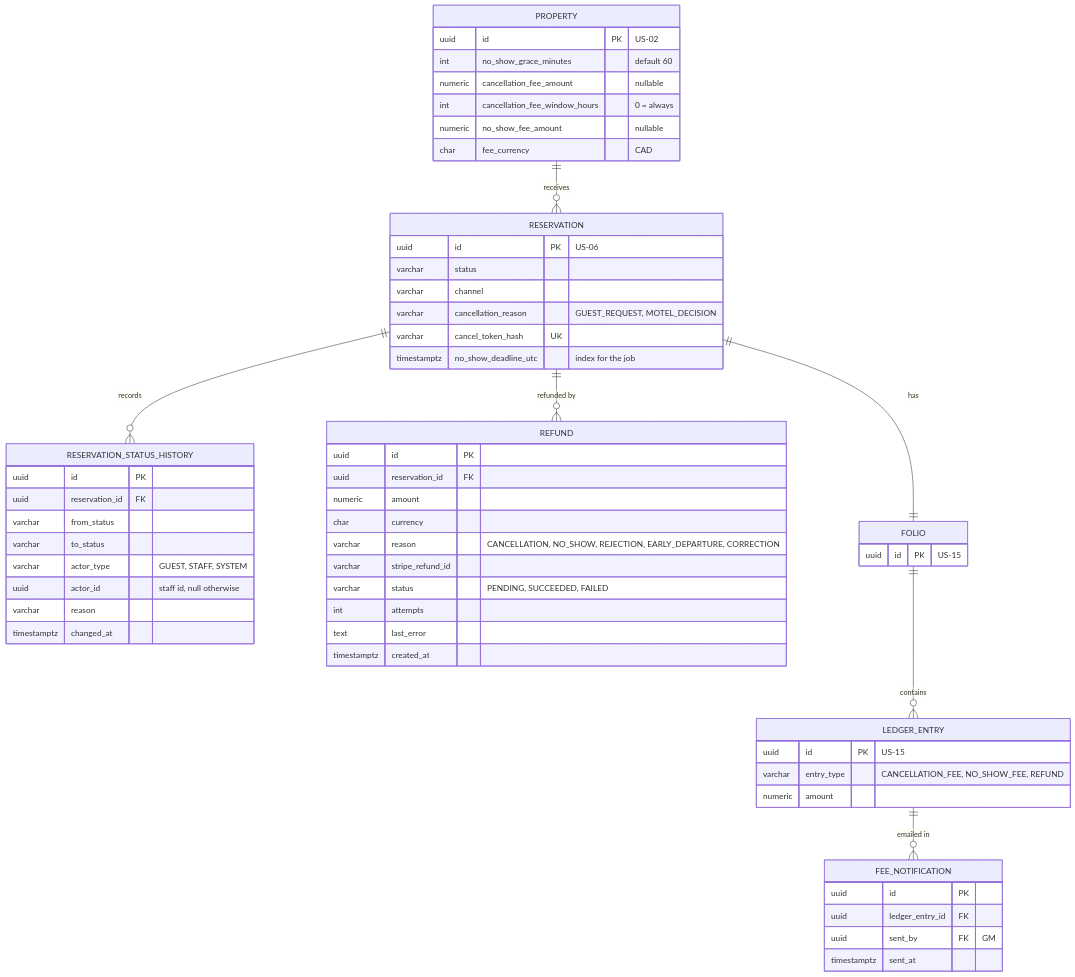
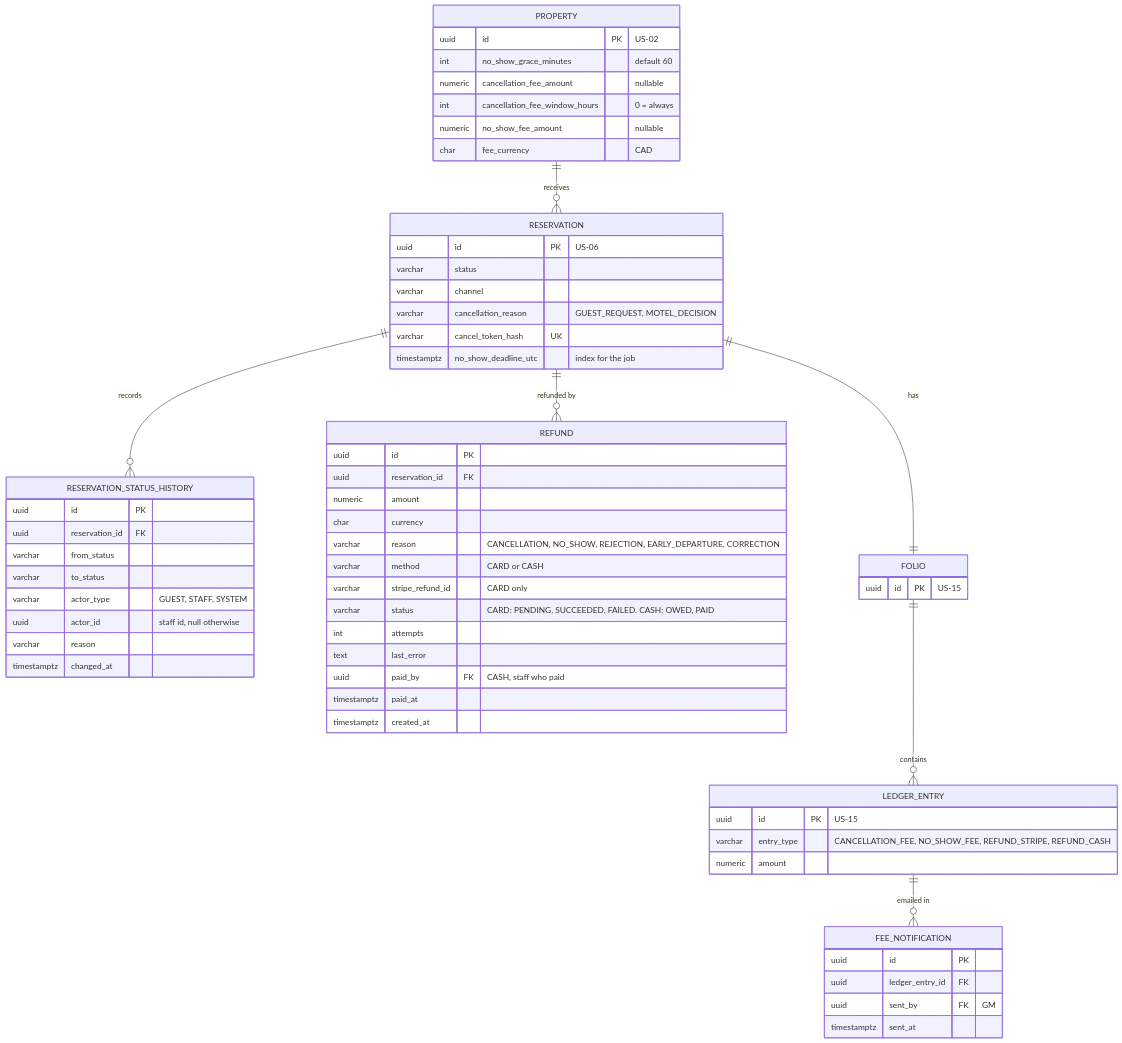
One commit to BraceroInSabot/Motel-Starmie changed the second of 5 diagrams in docs/Initial Requirements/Diagrams/US-11 - Reservation Lifecycle Management.md. Above: the diagram before and after it, drawn with Mermaid. The commit also changed other lines of this file and 15 other files, not shown here.

````diff
--- a/docs/Initial Requirements/Diagrams/US-11 - Reservation Lifecycle Management.md
+++ b/docs/Initial Requirements/Diagrams/US-11 - Reservation Lifecycle Management.md
@@ -190,62 +206,65 @@
 ```mermaid
 erDiagram
     PROPERTY ||--o{ RESERVATION : "receives"
     RESERVATION ||--o{ RESERVATION_STATUS_HISTORY : "records"
     RESERVATION ||--o{ REFUND : "refunded by"
     RESERVATION ||--|| FOLIO : "has"
     FOLIO ||--o{ LEDGER_ENTRY : "contains"
     LEDGER_ENTRY ||--o{ FEE_NOTIFICATION : "emailed in"
 
     PROPERTY {
         uuid id PK "US-02"
         int no_show_grace_minutes "default 60"
         numeric cancellation_fee_amount "nullable"
         int cancellation_fee_window_hours "0 = always"
         numeric no_show_fee_amount "nullable"
         char fee_currency "CAD"
     }
     RESERVATION {
         uuid id PK "US-06"
         varchar status
         varchar channel
         varchar cancellation_reason "GUEST_REQUEST, MOTEL_DECISION"
         varchar cancel_token_hash UK
         timestamptz no_show_deadline_utc "index for the job"
     }
     RESERVATION_STATUS_HISTORY {
         uuid id PK
         uuid reservation_id FK
         varchar from_status
         varchar to_status
         varchar actor_type "GUEST, STAFF, SYSTEM"
         uuid actor_id "staff id, null otherwise"
         varchar reason
         timestamptz changed_at
     }
     REFUND {
         uuid id PK
         uuid reservation_id FK
         numeric amount
         char currency
         varchar reason "CANCELLATION, NO_SHOW, REJECTION, EARLY_DEPARTURE, CORRECTION"
-        varchar stripe_refund_id
-        varchar status "PENDING, SUCCEEDED, FAILED"
+        varchar method "CARD or CASH"
+        varchar stripe_refund_id "CARD only"
+        varchar status "CARD: PENDING, SUCCEEDED, FAILED. CASH: OWED, PAID"
         int attempts
         text last_error
+        uuid paid_by FK "CASH, staff who paid"
+        timestamptz paid_at
         timestamptz created_at
     }
     LEDGER_ENTRY {
         uuid id PK "US-15"
-        varchar entry_type "CANCELLATION_FEE, NO_SHOW_FEE, REFUND"
+        varchar entry_type "CANCELLATION_FEE, NO_SHOW_FEE, REFUND_STRIPE, REFUND_CASH"
         numeric amount
     }
     FEE_NOTIFICATION {
         uuid id PK
         uuid ledger_entry_id FK
         uuid sent_by FK "GM"
         timestamptz sent_at
     }
     FOLIO {
         uuid id PK "US-15"
     }
 ```
````
